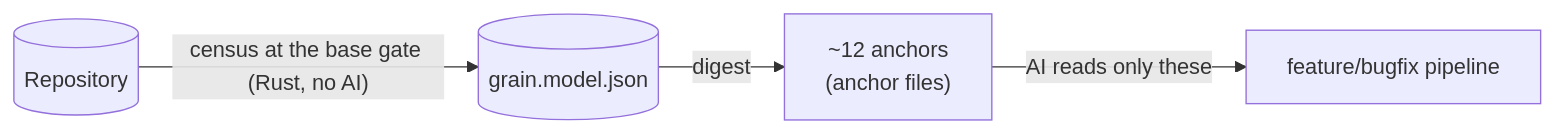
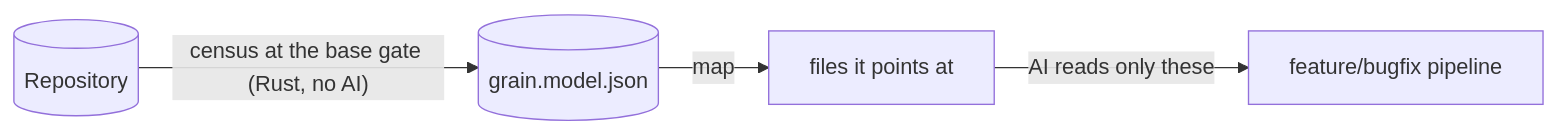
Before and after one commit to rubensrpj/mustard: the first of 2 diagrams in README.en.md, drawn with Mermaid. The commit also changed other lines of this file and 74 other files, not shown here.

````diff
--- a/README.en.md
+++ b/README.en.md
@@ -17,6 +17,6 @@
 ```mermaid
 flowchart LR
     repo[("Repository")] -->|"census at the base gate (Rust, no AI)"| model[("grain.model.json")]
-    model -->|digest| anchors["~12 anchors<br/>(anchor files)"]
+    model -->|map| anchors["files it points at"]
     anchors -->|"AI reads only these"| work["feature/bugfix pipeline"]
 ```
````
